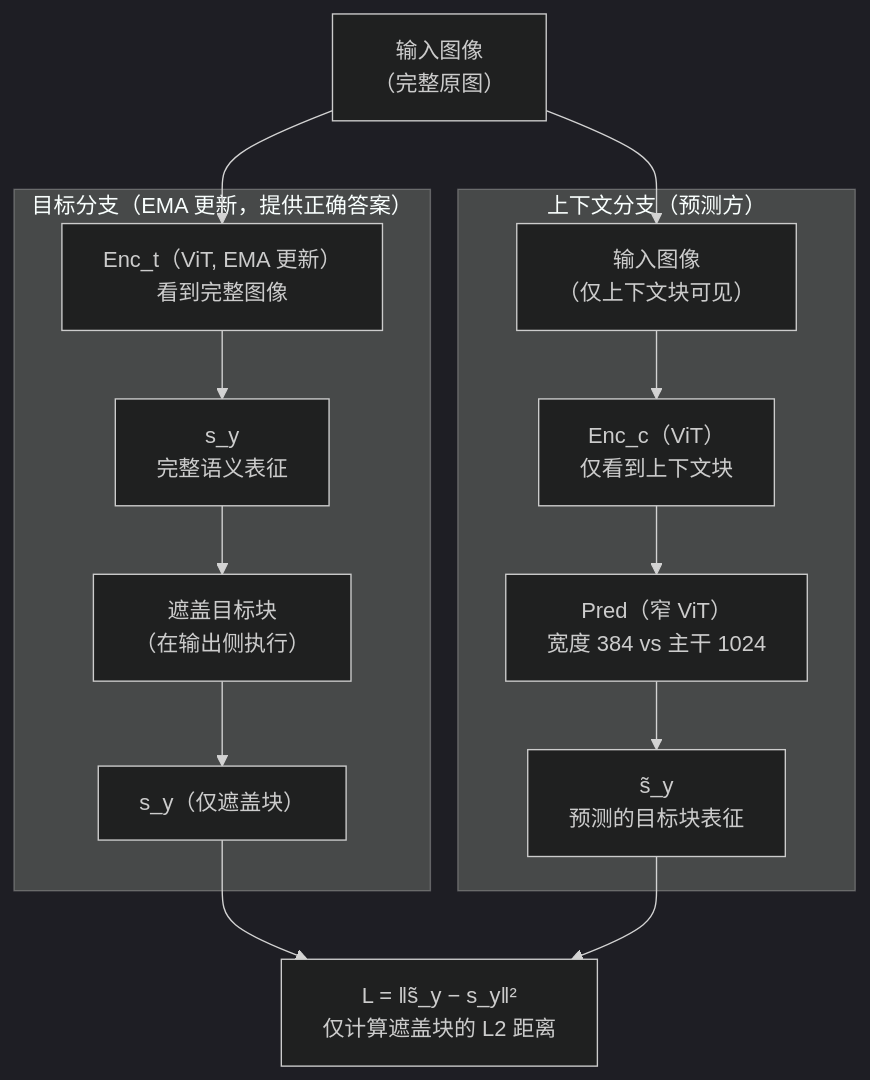
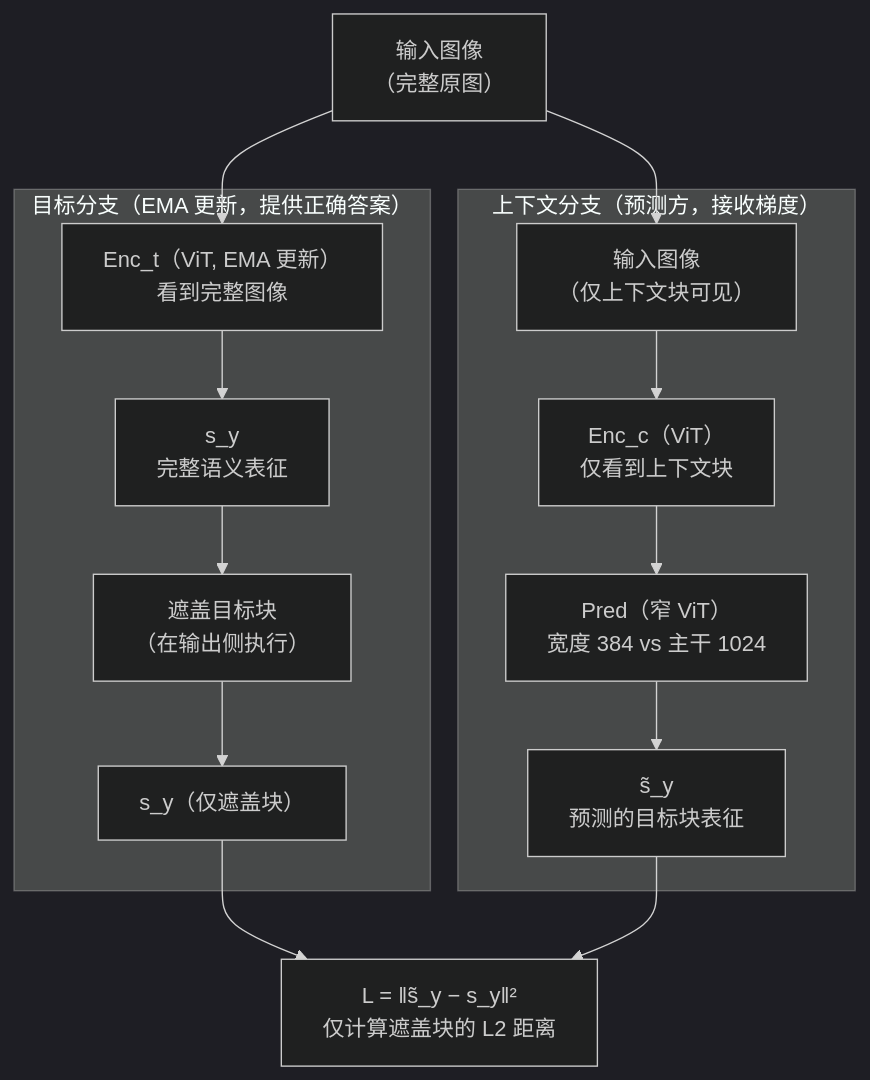
One commit to liuwwei3/liuwwei3.github.io changed the fifth of 5 diagrams in blogs/world-models-survey.md. Above: the diagram before and after it, drawn with Mermaid (dark theme). The commit also changed other lines of this file, not shown here.

````diff
--- a/blogs/world-models-survey.md
+++ b/blogs/world-models-survey.md
@@ -840,25 +850,25 @@
 ```mermaid
 graph TB
     Image["输入图像<br/>（完整原图）"]
 
     subgraph TargetBranch["目标分支（EMA 更新，提供正确答案）"]
         EncT["Enc_t（ViT, EMA 更新）<br/>看到完整图像"]
         Sy["s_y<br/>完整语义表征"]
         Mask["遮盖目标块<br/>（在输出侧执行）"]
         SyMasked["s_y（仅遮盖块）"]
     end
 
-    subgraph ContextBranch["上下文分支（预测方）"]
+    subgraph ContextBranch["上下文分支（预测方，接收梯度）"]
         ImageCtx["输入图像<br/>（仅上下文块可见）"]
         EncC["Enc_c（ViT）<br/>仅看到上下文块"]
         Pred["Pred（窄 ViT）<br/>宽度 384 vs 主干 1024"]
         SyTilde["s̃_y<br/>预测的目标块表征"]
     end
 
     Loss["L = ‖s̃_y − s_y‖²<br/>仅计算遮盖块的 L2 距离"]
 
     Image --> EncT --> Sy --> Mask --> SyMasked
     Image --> ImageCtx --> EncC --> Pred --> SyTilde
     SyMasked --> Loss
     SyTilde --> Loss
 ```
````
